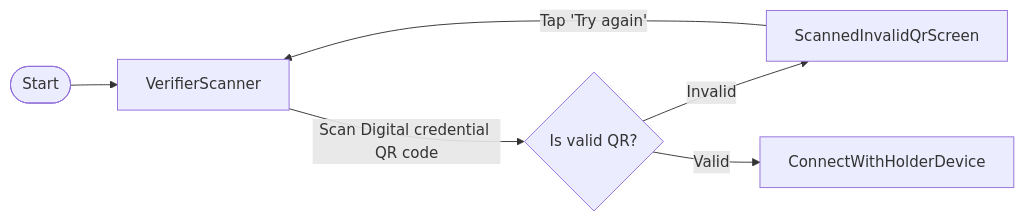
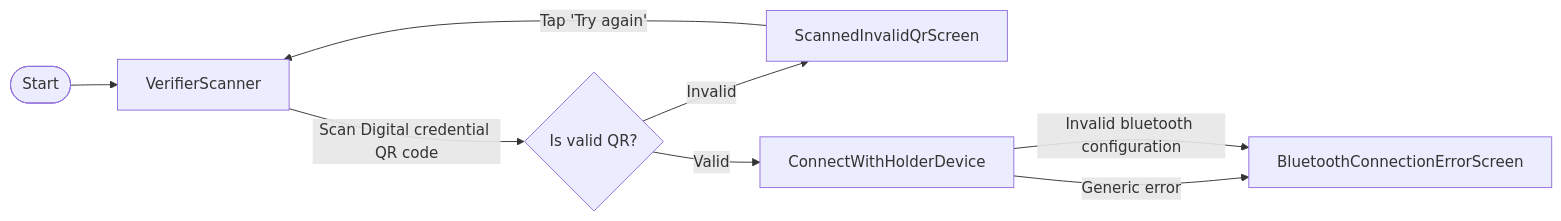
The diagram in verifier/doc/verifierUserJourney.mmd (govuk-one-login/mobile-credential-sharing-android), drawn with Mermaid before and after one commit.

Commit message:
docs: Update verifier high-level journey diagram

```diff
--- a/verifier/doc/verifierUserJourney.mmd
+++ b/verifier/doc/verifierUserJourney.mmd
@@ -1,14 +1,17 @@
 flowchart LR
-    %% Node definitions
+%% Node definitions
     Start@{shape: terminal}
     VerifierScanner
     isValidQr{"Is valid QR?"}
     ScannedInvalidQrScreen
     ConnectWithHolderDevice
+    BluetoothConnectionErrorScreen
 
-    %% Node relationships
+%% Node relationships
     Start --> VerifierScanner
     VerifierScanner -->|Scan Digital credential QR code| isValidQr
     isValidQr -->|Invalid| ScannedInvalidQrScreen
     isValidQr -->|Valid| ConnectWithHolderDevice
     ScannedInvalidQrScreen -->|Tap 'Try again'| VerifierScanner
+    ConnectWithHolderDevice -->|Generic error| BluetoothConnectionErrorScreen
+    ConnectWithHolderDevice -->|Invalid bluetooth configuration| BluetoothConnectionErrorScreen
```
